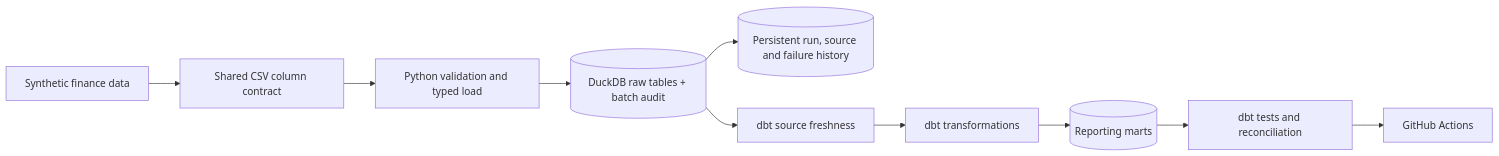
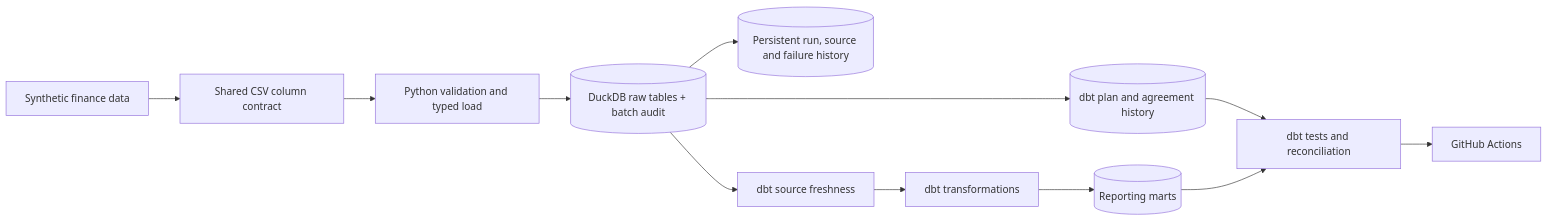
The diagram in README.md (Wasim-Jussab/finance-analytics-engineering-portfolio), drawn with Mermaid before and after one commit. The commit also changed other lines of this file and 39 other files, not shown here.

````diff
--- a/README.md
+++ b/README.md
@@ -11,12 +11,14 @@
 ```mermaid
 flowchart LR
     A["Synthetic finance data"] --> B["Shared CSV column contract"]
     B --> C["Python validation and typed load"]
     C --> J[("DuckDB raw tables + batch audit")]
     J --> I[("Persistent run, source and failure history")]
     J --> H["dbt source freshness"]
+    J --> K[("dbt plan and agreement history")]
     H --> D["dbt transformations"]
     D --> E[("Reporting marts")]
+    K --> F["dbt tests and reconciliation"]
     E --> F["dbt tests and reconciliation"]
     F --> G["GitHub Actions"]
 ```
````
